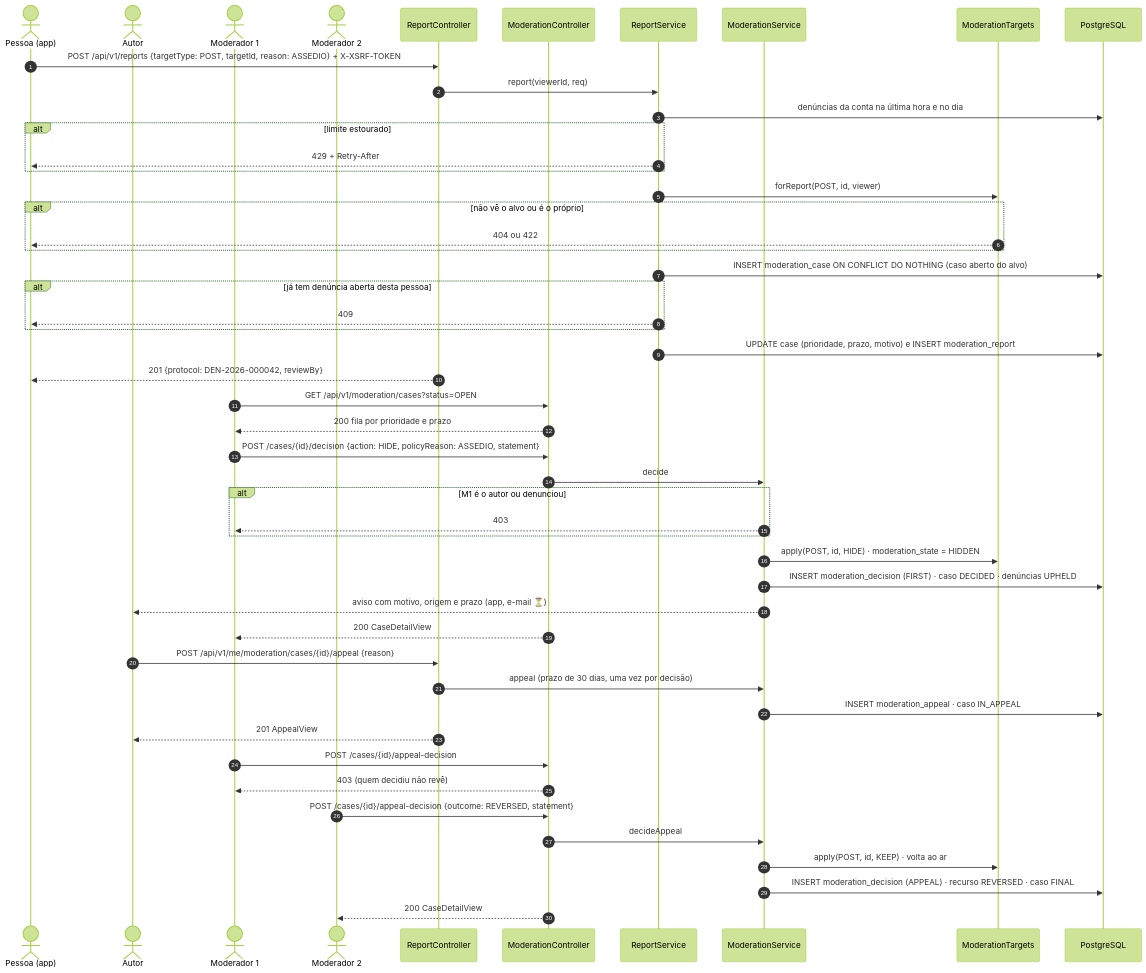
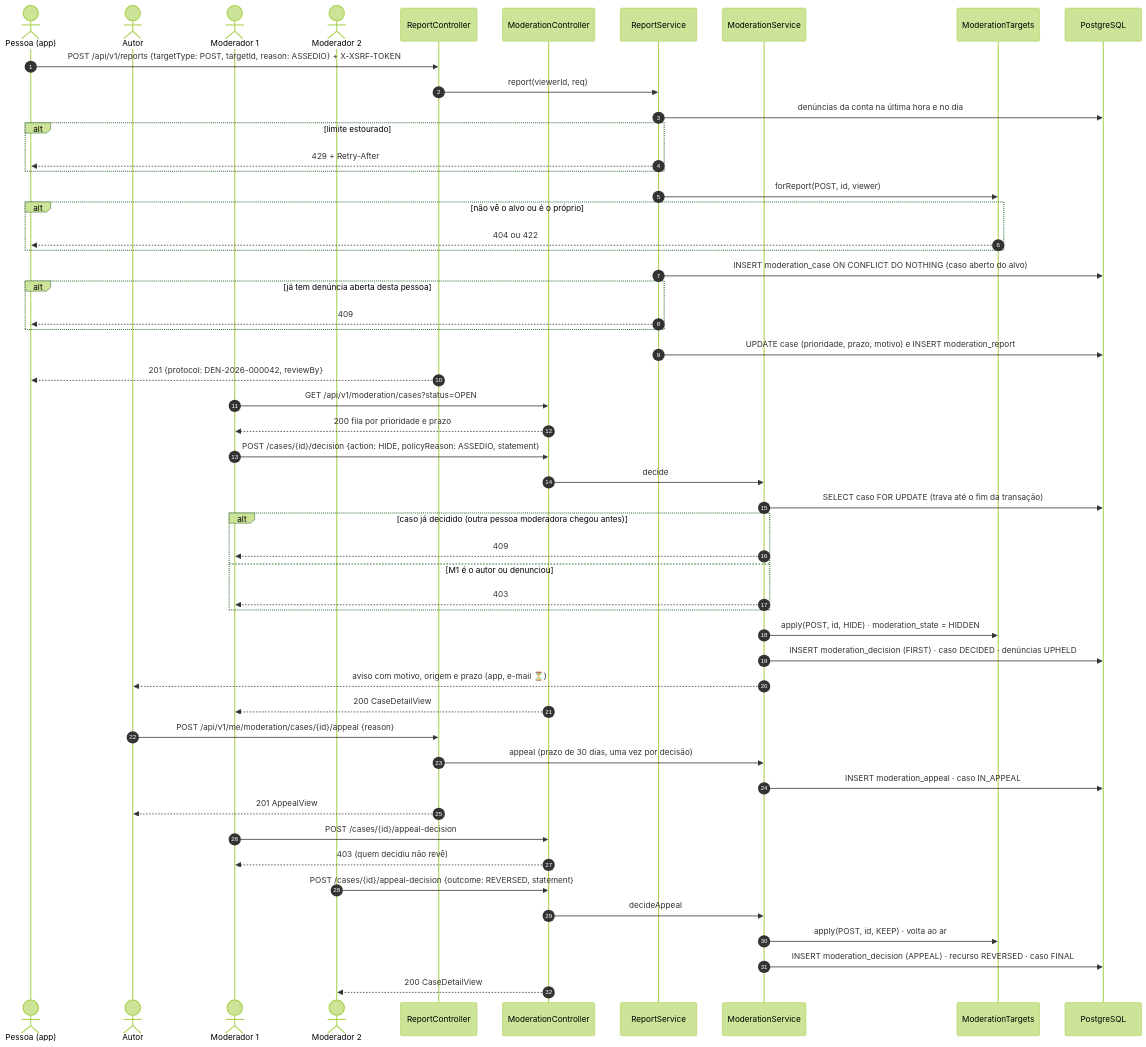
Before and after one commit to MatheusHaliski/Friendly-Eats: the first of 2 diagrams in docs/RF13/sequencia.md, drawn with Mermaid (forest theme). The commit also changed 4 other files, not shown here.

````diff
--- a/docs/RF13/sequencia.md
+++ b/docs/RF13/sequencia.md
@@ -5,55 +5,58 @@
 ```mermaid
 sequenceDiagram
     autonumber
     actor P as Pessoa (app)
     actor A as Autor
     actor M1 as Moderador 1
     actor M2 as Moderador 2
     participant RC as ReportController
     participant MC as ModerationController
     participant RS as ReportService
     participant MS as ModerationService
     participant TG as ModerationTargets
     participant DB as PostgreSQL
 
     P->>RC: POST /api/v1/reports {targetType: POST, targetId, reason: ASSEDIO} + X-XSRF-TOKEN
     RC->>RS: report(viewerId, req)
     RS->>DB: denúncias da conta na última hora e no dia
     alt limite estourado
         RS-->>P: 429 + Retry-After
     end
     RS->>TG: forReport(POST, id, viewer)
     alt não vê o alvo ou é o próprio
         TG-->>P: 404 ou 422
     end
     RS->>DB: INSERT moderation_case ON CONFLICT DO NOTHING (caso aberto do alvo)
     alt já tem denúncia aberta desta pessoa
         RS-->>P: 409
     end
     RS->>DB: UPDATE case (prioridade, prazo, motivo) e INSERT moderation_report
     RC-->>P: 201 {protocol: DEN-2026-000042, reviewBy}
 
     M1->>MC: GET /api/v1/moderation/cases?status=OPEN
     MC-->>M1: 200 fila por prioridade e prazo
     M1->>MC: POST /cases/{id}/decision {action: HIDE, policyReason: ASSEDIO, statement}
     MC->>MS: decide
-    alt M1 é o autor ou denunciou
+    MS->>DB: SELECT caso FOR UPDATE (trava até o fim da transação)
+    alt caso já decidido (outra pessoa moderadora chegou antes)
+        MS-->>M1: 409
+    else M1 é o autor ou denunciou
         MS-->>M1: 403
     end
     MS->>TG: apply(POST, id, HIDE) · moderation_state = HIDDEN
     MS->>DB: INSERT moderation_decision (FIRST) · caso DECIDED · denúncias UPHELD
     MS-->>A: aviso com motivo, origem e prazo (app, e-mail ⏳)
     MC-->>M1: 200 CaseDetailView
 
     A->>RC: POST /api/v1/me/moderation/cases/{id}/appeal {reason}
     RC->>MS: appeal (prazo de 30 dias, uma vez por decisão)
     MS->>DB: INSERT moderation_appeal · caso IN_APPEAL
     RC-->>A: 201 AppealView
     M1->>MC: POST /cases/{id}/appeal-decision
     MC-->>M1: 403 (quem decidiu não revê)
     M2->>MC: POST /cases/{id}/appeal-decision {outcome: REVERSED, statement}
     MC->>MS: decideAppeal
     MS->>TG: apply(POST, id, KEEP) · volta ao ar
     MS->>DB: INSERT moderation_decision (APPEAL) · recurso REVERSED · caso FINAL
     MC-->>M2: 200 CaseDetailView
 ```
````
